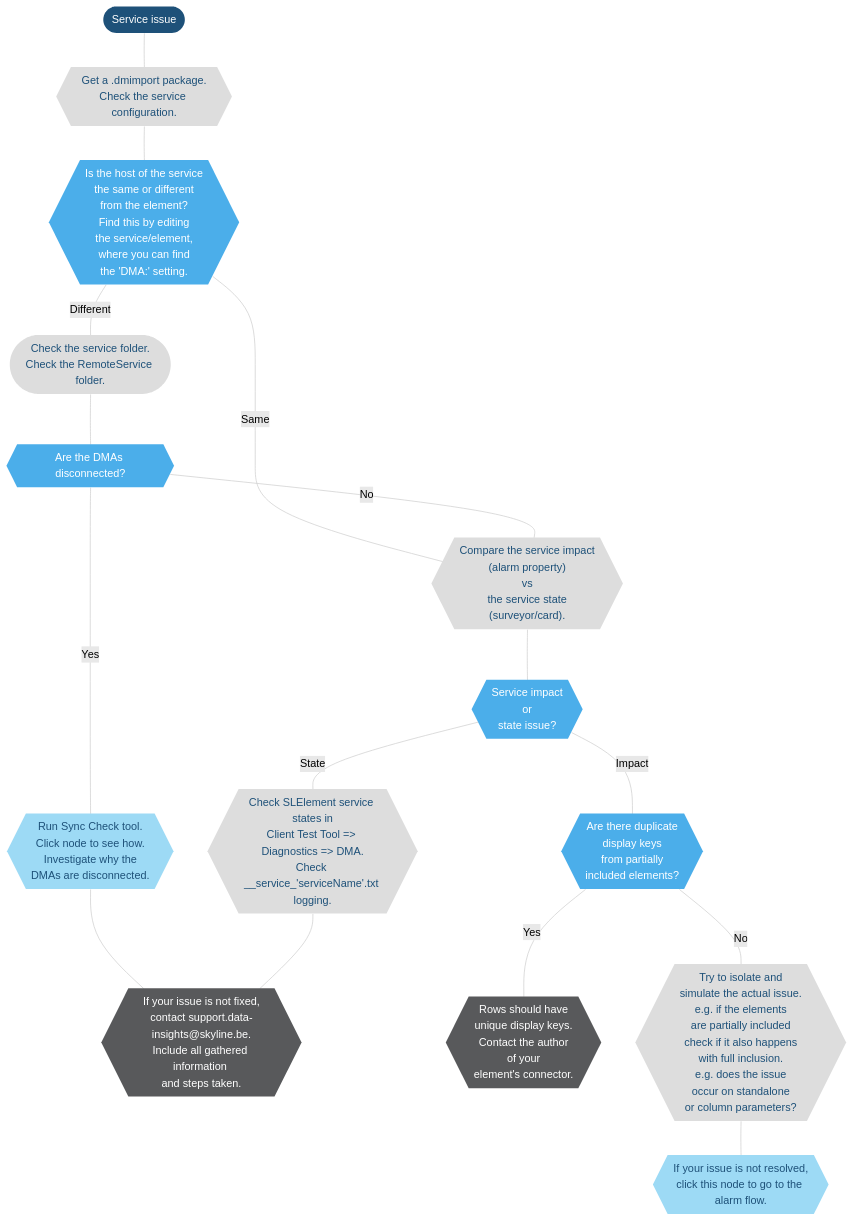
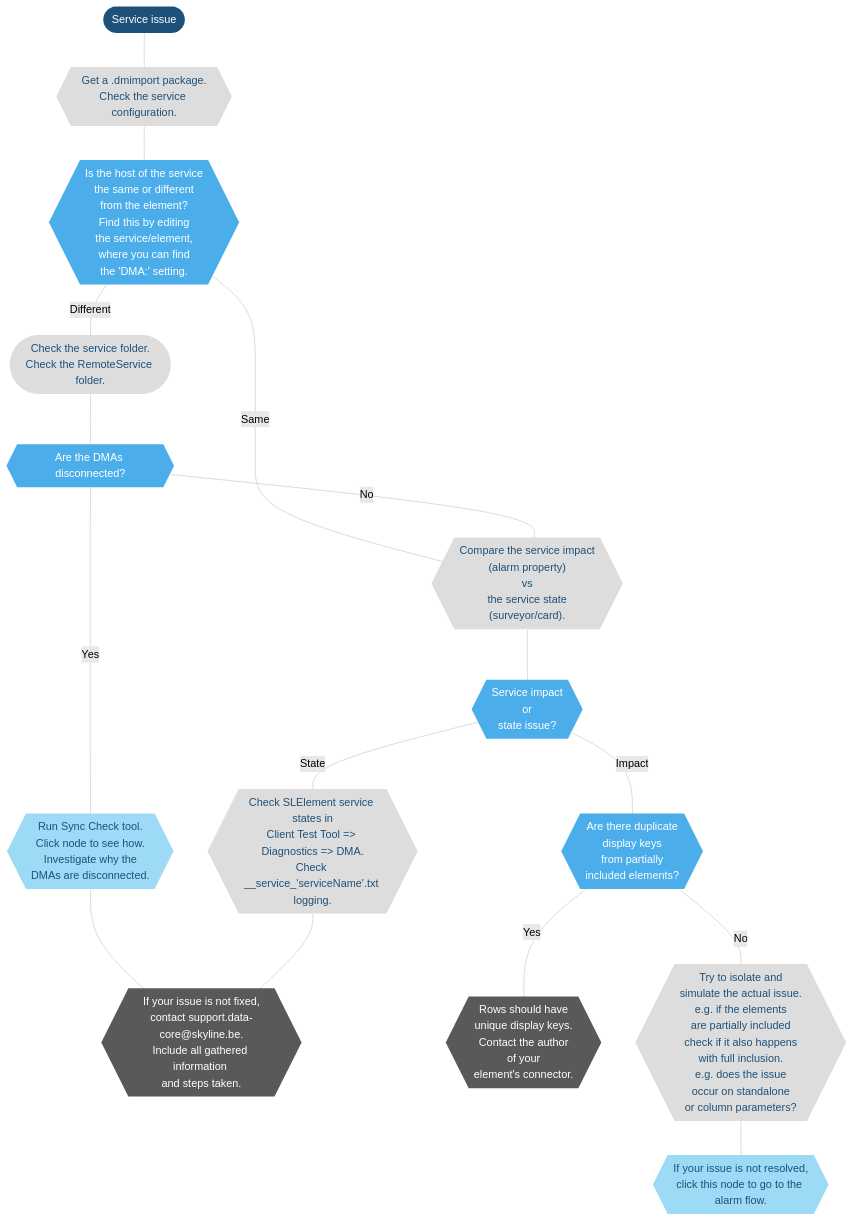
Before and after one commit to SkylineCommunications/dataminer-docs: the diagram in user-guide/Troubleshooting/Troubleshooting_Flowcharts/Troubleshooting_Services.md, drawn with Mermaid (forest theme).

```diff
--- a/user-guide/Troubleshooting/Troubleshooting_Flowcharts/Troubleshooting_Services.md
+++ b/user-guide/Troubleshooting/Troubleshooting_Flowcharts/Troubleshooting_Services.md
@@ -13,52 +13,52 @@
 <div class="mermaid">
 flowchart TD
 %% Define styles %%
 linkStyle default stroke:#cccccc
 classDef classTerminal fill:#1e5179,stroke:#1e5179,color:#ffffff,stroke-width:0px;
 classDef classDecision fill:#4baeea,stroke:#4baeea,color:#ffffff,stroke-width:0px;
 classDef classExternalRef fill:#9ddaf5,stroke:#9ddaf5,color:#1E5179,stroke-width:0px;
 classDef classActionClickable fill:#999999,stroke:#999999,color:#ffffff,stroke-width:0px;
 classDef classAction fill:#dddddd,stroke:#dddddd,color:#1E5179,stroke-width:0px;
 classDef classSolution fill:#58595b,stroke:#58595b,color:#ffffff,stroke-width:0px;
 %% Define blocks %%
 START([Service issue])
 GetDELT{{Get a .dmimport package.\nCheck the service configuration.}}
 HostInfo{{Is the host of the service \nthe same or different \nfrom the element?\nFind this by editing \nthe service/element, \nwhere you can find \nthe 'DMA:' setting.}}
 DifferentHost([Check the service folder.\nCheck the RemoteService folder.])
 SameHost{{"Compare the service impact \n(alarm property) \nvs\nthe service state \n(surveyor/card)."}}
 DMAsDisconnected{{Are the DMAs disconnected?}}
 SyncCheck{{Run Sync Check tool.\nClick node to see how.\nInvestigate why the \nDMAs are disconnected.}}
-NotFixed{{"If your issue is not fixed,\ncontact support.data-insights@skyline.be.\nInclude all gathered information \nand steps taken."}}
+NotFixed{{"If your issue is not fixed,\ncontact support.data-core@skyline.be.\nInclude all gathered information \nand steps taken."}}
 ImpactOrStateIssue{{Service impact \nor \nstate issue?}}
 StateIssue{{Check SLElement service states in\nClient Test Tool => Diagnostics => DMA.\nCheck __service_'serviceName'.txt logging.}}
 ImpactIssue{{Are there duplicate \ndisplay keys\nfrom partially \nincluded elements?}}
 NotFixedProtocolIssue{{Rows should have \nunique display keys.\nContact the author \nof your \nelement's connector.}}
 IsolateIssue{{Try to isolate and \nsimulate the actual issue.\ne.g. if the elements \nare partially included\ncheck if it also happens \nwith full inclusion.\ne.g. does the issue \noccur on standalone \nor column parameters?}}
 Alarms{{If your issue is not resolved,\nclick this node to go to the alarm flow.}}
 %% Connect blocks %%
 START --- GetDELT
 GetDELT --- HostInfo
 HostInfo --- |Different|DifferentHost
 HostInfo --- |Same|SameHost
 DifferentHost --- DMAsDisconnected
 DMAsDisconnected --- |No|SameHost
 DMAsDisconnected --- |Yes|SyncCheck
 SyncCheck --- NotFixed
 SameHost --- ImpactOrStateIssue
 ImpactOrStateIssue --- |State|StateIssue
 ImpactOrStateIssue --- |Impact|ImpactIssue
 StateIssue --- NotFixed
 ImpactIssue --- |Yes|NotFixedProtocolIssue
 ImpactIssue --- |No|IsolateIssue
 IsolateIssue --- Alarms
 %% Define hyperlinks %%
 click SyncCheck "/user-guide/Reference/DataMiner_Tools/Sync_Check.html"
 click Alarms "/user-guide/Troubleshooting/Troubleshooting_Flowcharts/Troubleshooting_Alarms.html"
 %% Apply styles to blocks %%
 class START classTerminal;
 class ServiceConsole,Surveyor,Apps,Trending,SyncCheck,Alarms classExternalRef;
 %%class classActionClickable;
 class GetDELT,DifferentHost,SameHost,StateIssue,IsolateIssue classAction;
 class HostInfo,DMAsDisconnected,ImpactOrStateIssue,ImpactIssue classDecision;
 class NotFixed,NotFixedProtocolIssue classSolution;
 </div>
```
